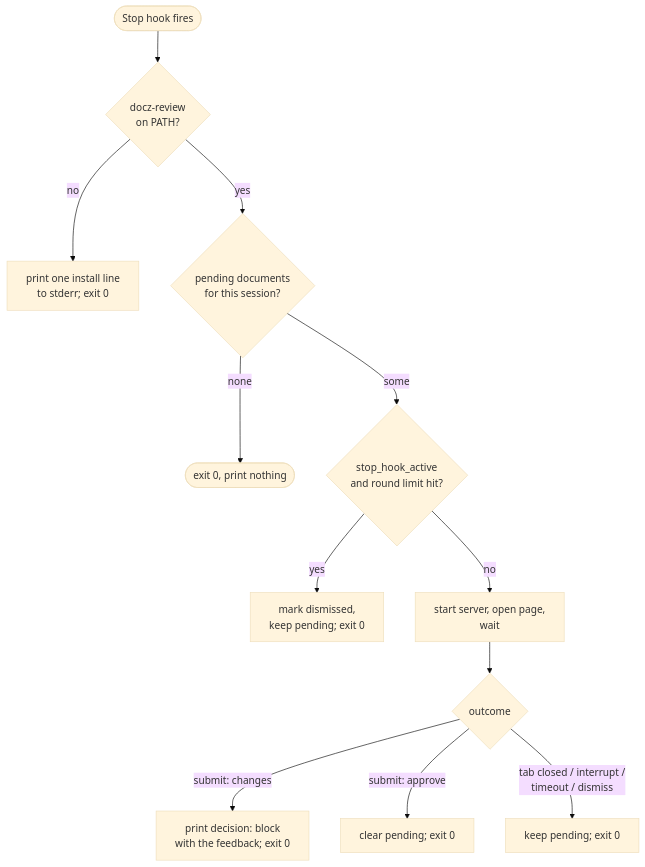
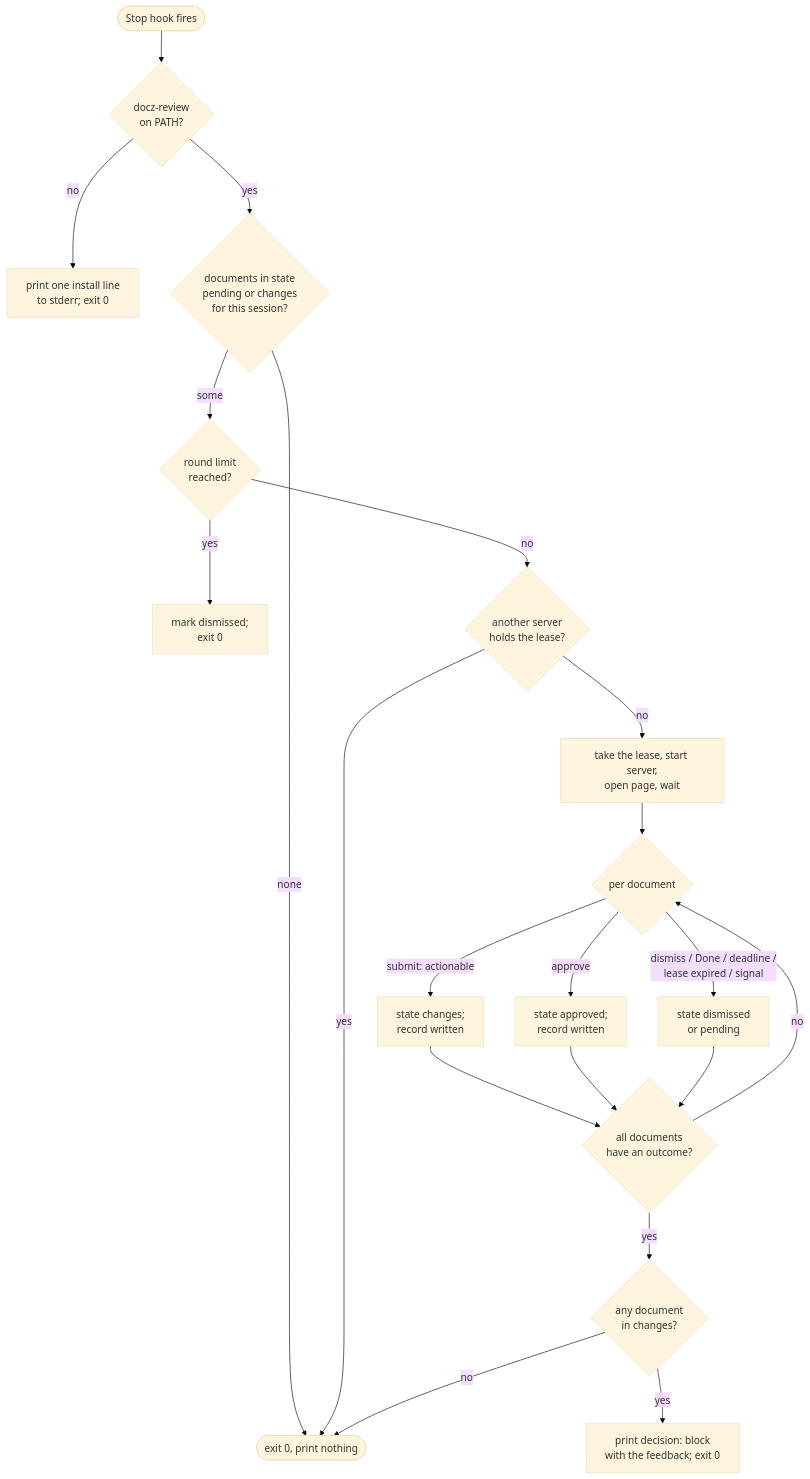
Before and after one commit to donaldgifford/docz: the third of 4 diagrams in docs/design/0024-docz-review-a-blocking-review-page-for-agent-written-documents.md, drawn with Mermaid (base theme). The commit also changed other lines of this file, not shown here.

````diff
--- a/docs/design/0024-docz-review-a-blocking-review-page-for-agent-written-documents.md
+++ b/docs/design/0024-docz-review-a-blocking-review-page-for-agent-written-documents.md
@@ -296,14 +355,23 @@
 ```mermaid
 flowchart TD
   start([Stop hook fires]) --> bin{docz-review<br/>on PATH?}
   bin -- no --> note["print one install line<br/>to stderr; exit 0"]
-  bin -- yes --> pend{pending documents<br/>for this session?}
+  bin -- yes --> pend{documents in state<br/>pending or changes<br/>for this session?}
   pend -- none --> quiet([exit 0, print nothing])
-  pend -- some --> active{stop_hook_active<br/>and round limit hit?}
-  active -- yes --> dismiss1["mark dismissed,<br/>keep pending; exit 0"]
-  active -- no --> open["start server, open page,<br/>wait"]
-  open --> outcome{outcome}
-  outcome -- "submit: changes" --> block["print decision: block<br/>with the feedback; exit 0"]
-  outcome -- "submit: approve" --> clear["clear pending; exit 0"]
-  outcome -- "tab closed / interrupt /<br/>timeout / dismiss" --> keep["keep pending; exit 0"]
+  pend -- some --> limit{round limit<br/>reached?}
+  limit -- yes --> snooze["mark dismissed;<br/>exit 0"]
+  limit -- no --> lease{another server<br/>holds the lease?}
+  lease -- yes --> quiet
+  lease -- no --> open["take the lease, start server,<br/>open page, wait"]
+  open --> each{per document}
+  each -- "submit: actionable" --> changes["state changes;<br/>record written"]
+  each -- "approve" --> clear["state approved;<br/>record written"]
+  each -- "dismiss / Done / deadline /<br/>lease expired / signal" --> keep["state dismissed<br/>or pending"]
+  changes --> done{all documents<br/>have an outcome?}
+  clear --> done
+  keep --> done
+  done -- no --> each
+  done -- yes --> out{any document<br/>in changes?}
+  out -- yes --> block["print decision: block<br/>with the feedback; exit 0"]
+  out -- no --> quiet
 ```
````
